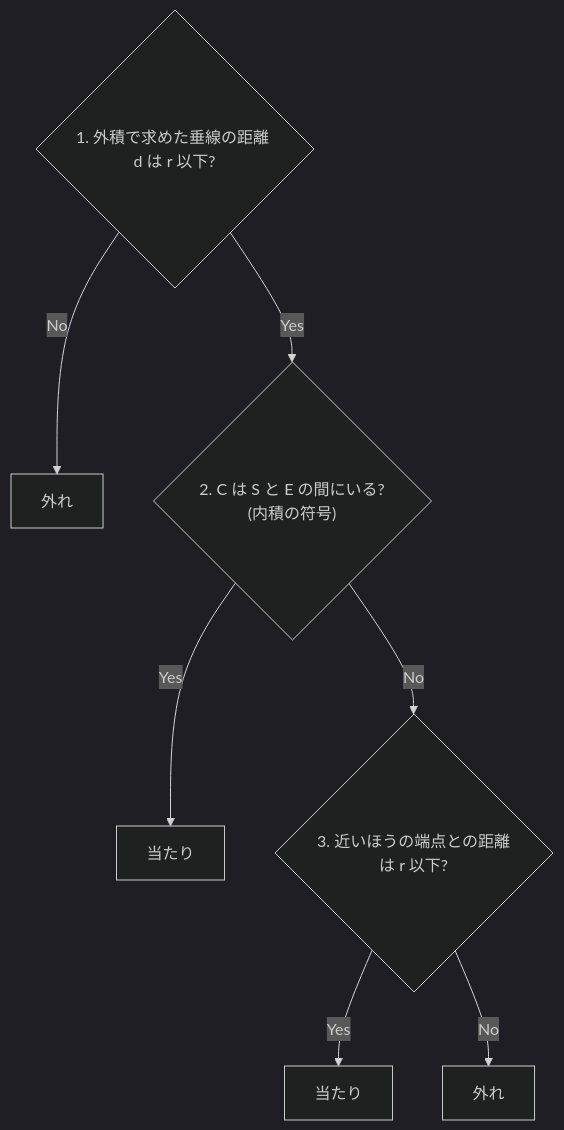
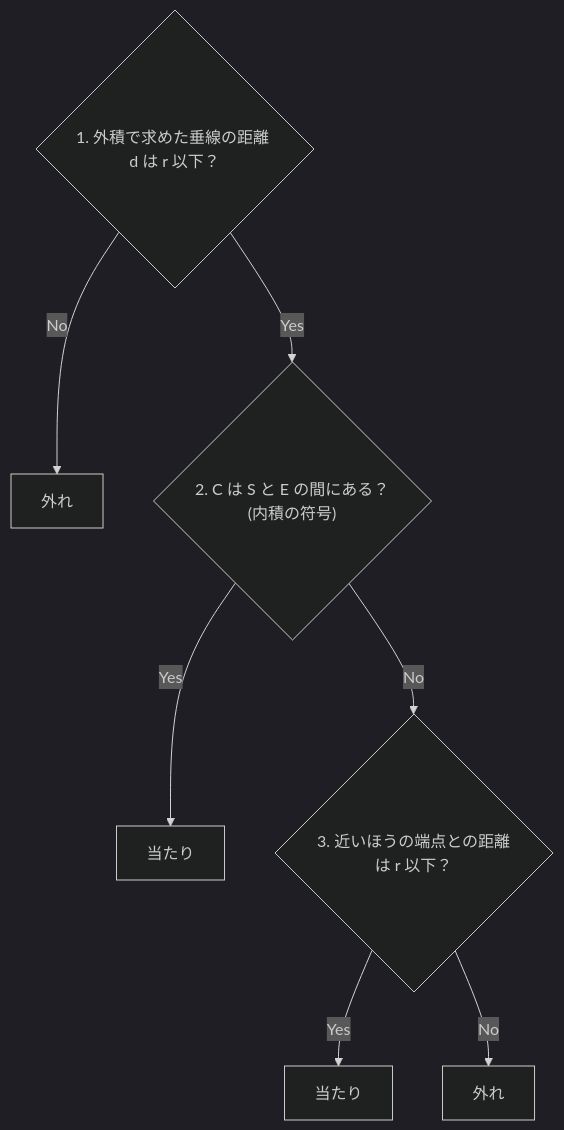
Before and after one commit to shin4488/zenn: the diagram in articles/segment-circle-collision.md, drawn with Mermaid (dark theme). The commit also changed other lines of this file and 7 other files, not shown here.

First line of the commit message:
update: 記事を推敲(タイトル・文言・図の整理、判定フローのmermaid化)

````diff
--- a/articles/segment-circle-collision.md
+++ b/articles/segment-circle-collision.md
@@ -103,9 +103,9 @@
 ```mermaid
 flowchart TD
-    Q1{"1. 外積で求めた垂線の距離 d は r 以下?"} -->|No| NG1["外れ"]
-    Q1 -->|Yes| Q2{"2. C は S と E の間にいる?(内積の符号)"}
+    Q1{"1. 外積で求めた垂線の距離 d は r 以下？"} -->|No| NG1["外れ"]
+    Q1 -->|Yes| Q2{"2. C は S と E の間にある？(内積の符号)"}
     Q2 -->|Yes| OK1["当たり"]
-    Q2 -->|No| Q3{"3. 近いほうの端点との距離は r 以下?"}
+    Q2 -->|No| Q3{"3. 近いほうの端点との距離は r 以下？"}
     Q3 -->|Yes| OK2["当たり"]
     Q3 -->|No| NG2["外れ"]
 ```
````
